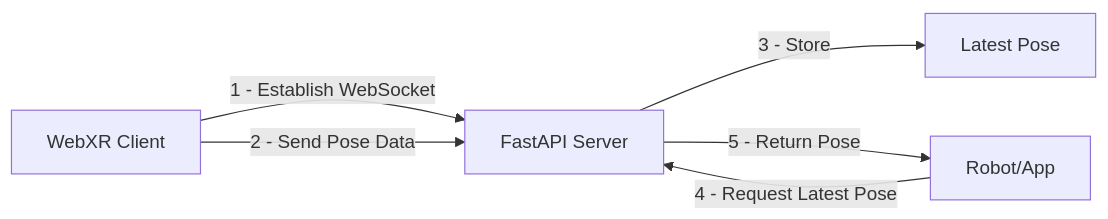
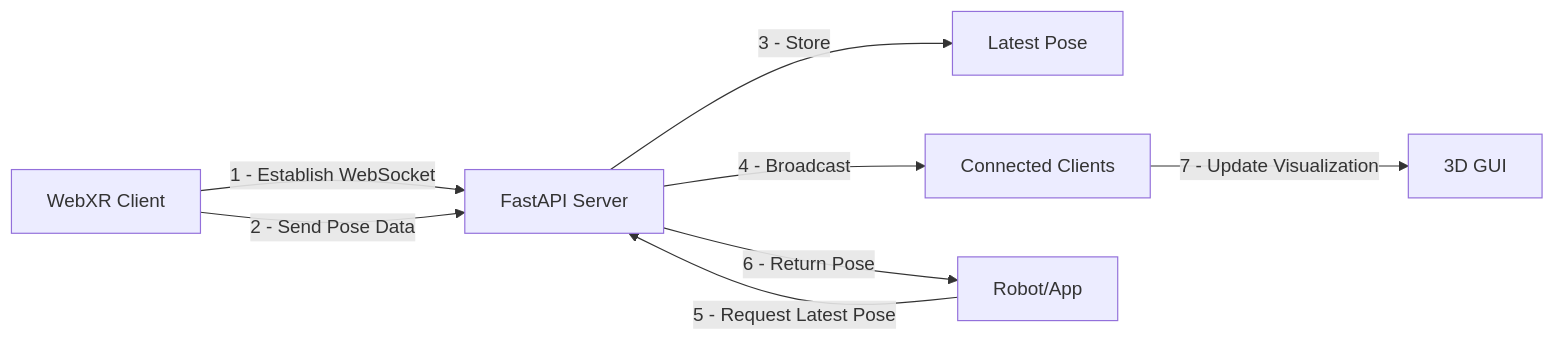
Before and after one commit to sudhirpratapyadav/webxr_api_server: the third of 4 diagrams in diagrams.md, drawn with Mermaid. The commit also changed other lines of this file and 7 other files, not shown here.

Commit message:
added 3djs gui for pose visualisation

````diff
--- a/diagrams.md
+++ b/diagrams.md
@@ -68,8 +80,10 @@
 ```mermaid
 flowchart LR
     A[WebXR Client] --> |1 - Establish WebSocket| B[FastAPI Server]
     A --> |2 - Send Pose Data| B
     B --> |3 - Store| C[Latest Pose]
-    E[Robot/App] --> |4 - Request Latest Pose| B
-    B --> |5 - Return Pose| E
+    B --> |4 - Broadcast| D[Connected Clients]
+    E[Robot/App] --> |5 - Request Latest Pose| B
+    B --> |6 - Return Pose| E
+    D --> |7 - Update Visualization| G[3D GUI]
 ```
````
